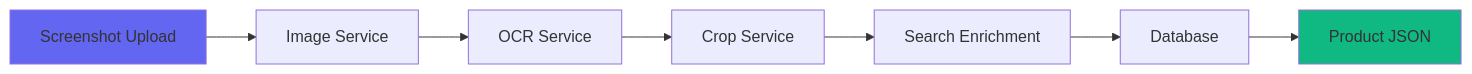
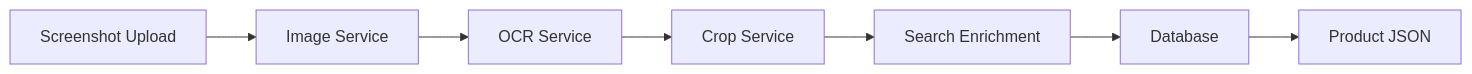
The first of 2 diagrams in architecture.mdx (entropi-so/docs), drawn with Mermaid before and after one commit. The commit also changed other lines of this file and 14 other files, not shown here.

````diff
--- a/architecture.mdx
+++ b/architecture.mdx
@@ -12,12 +10,9 @@
 ```mermaid
 graph LR
     A[Screenshot Upload] --> B[Image Service]
     B --> C[OCR Service]
     C --> D[Crop Service]
     D --> E[Search Enrichment]
     E --> F[Database]
     F --> G[Product JSON]
-    
-    style A fill:#6366F1
-    style G fill:#10B981
 ```
````
